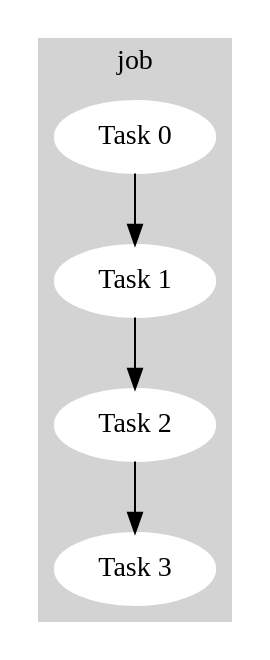
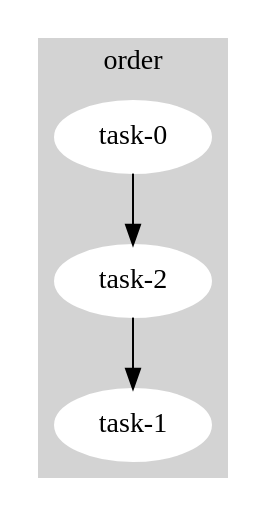
One commit to kevinschoon/mesos-cli changed the diagram in docs/content/recipes/linear.dot. Above: the diagram before and after it, drawn with Graphviz. The commit also changed 12 other files, not shown here.

```diff
--- a/docs/content/recipes/linear.dot
+++ b/docs/content/recipes/linear.dot
@@ -1,9 +1,9 @@
 digraph G {
 	subgraph cluster_0 {
 		style=filled;
 		color=lightgrey;
-		label = "job";
+		label = "order";
 		node [style=filled,color=white];
-    "Task 0" -> "Task 1" -> "Task 2" -> "Task 3"
+    "task-0" -> "task-2" -> "task-1";
 	}
 }
```
